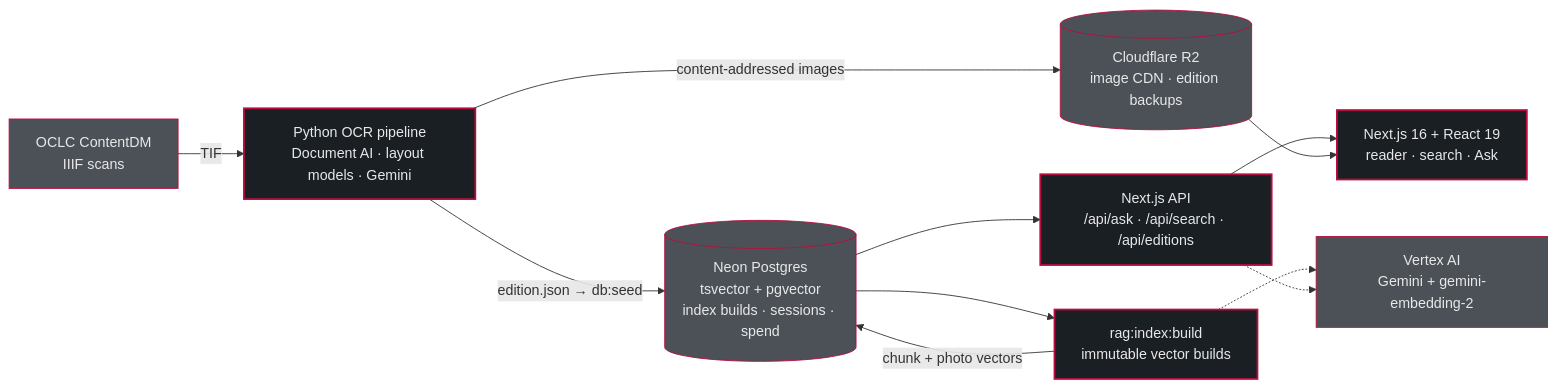
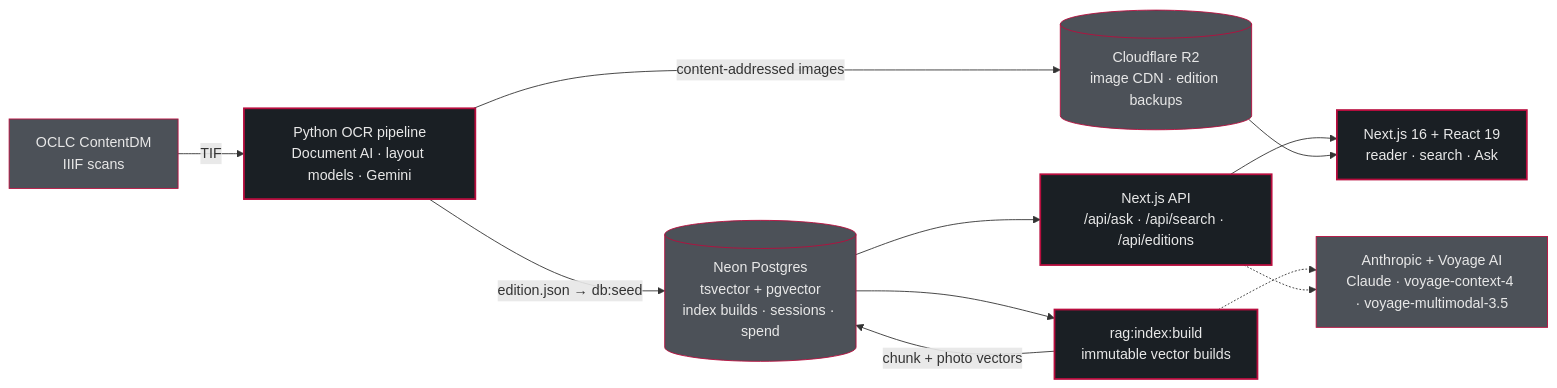
The diagram in README.md (Bamyani1/interactive-newspaper), drawn with Mermaid before and after one commit. The commit also changed other lines of this file, not shown here.

Commit message:
docs: describe Ask on Claude and Voyage in the README

````diff
--- a/README.md
+++ b/README.md
@@ -125,25 +125,25 @@
 ```mermaid
 flowchart LR
   classDef brand fill:#1A1F24,stroke:#B80D3E,color:#E8E8E8,stroke-width:2px
   classDef data fill:#4C5158,stroke:#B80D3E,color:#E8E8E8,stroke-width:1px
 
   IIIF["OCLC ContentDM<br/>IIIF scans"]:::data
   OCR["Python OCR pipeline<br/>Document AI · layout models · Gemini"]:::brand
   R2[("Cloudflare R2<br/>image CDN · edition backups")]:::data
   DB[("Neon Postgres<br/>tsvector + pgvector<br/>index builds · sessions · spend")]:::data
   IDX["rag:index:build<br/>immutable vector builds"]:::brand
-  AI["Vertex AI<br/>Gemini + gemini-embedding-2"]:::data
+  AI["Anthropic + Voyage AI<br/>Claude · voyage-context-4 · voyage-multimodal-3.5"]:::data
   API["Next.js API<br/>/api/ask · /api/search · /api/editions"]:::brand
   UI["Next.js 16 + React 19<br/>reader · search · Ask"]:::brand
 
   IIIF -- "TIF" --> OCR
   OCR -- "content-addressed images" --> R2
   OCR -- "edition.json → db:seed" --> DB
   DB --> IDX
   IDX -- "chunk + photo vectors" --> DB
   IDX -.-> AI
   DB --> API
   API -.-> AI
   API --> UI
   R2 --> UI
 ```
````
